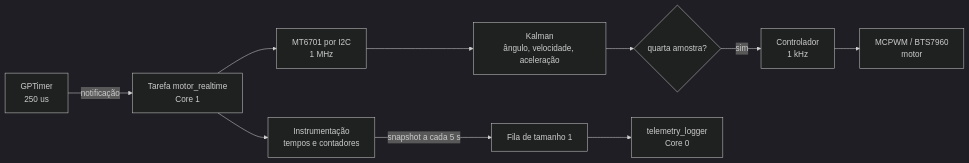
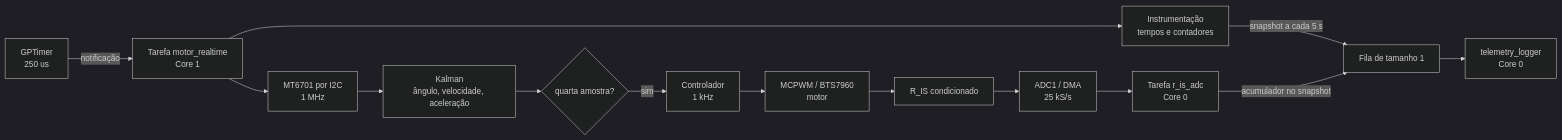
The diagram in docs/arquitetura-tempo-real.md (smartsensingme/esp-mt6701-example), drawn with Mermaid (dark theme) before and after one commit. The commit also changed other lines of this file and 9 other files, not shown here.

````diff
--- a/docs/arquitetura-tempo-real.md
+++ b/docs/arquitetura-tempo-real.md
@@ -29,12 +30,16 @@
 ```mermaid
 flowchart LR
     T[GPTimer\n250 us] -->|notificação| RT[Tarefa motor_realtime\nCore 1]
     RT --> I2C[MT6701 por I2C\n1 MHz]
     I2C --> K[Kalman\nângulo, velocidade, aceleração]
     K --> D{quarta amostra?}
     D -->|sim| C[Controlador\n1 kHz]
     C --> M[MCPWM / BTS7960\nmotor]
+    M --> RIS[R_IS condicionado]
+    RIS --> ADC[ADC1 / DMA\n25 kS/s]
+    ADC --> ADCT[Tarefa r_is_adc\nCore 0]
     RT --> INS[Instrumentação\ntempos e contadores]
     INS -->|snapshot a cada 5 s| Q[Fila de tamanho 1]
+    ADCT -->|acumulador no snapshot| Q
     Q --> LOG[telemetry_logger\nCore 0]
 ```
````
